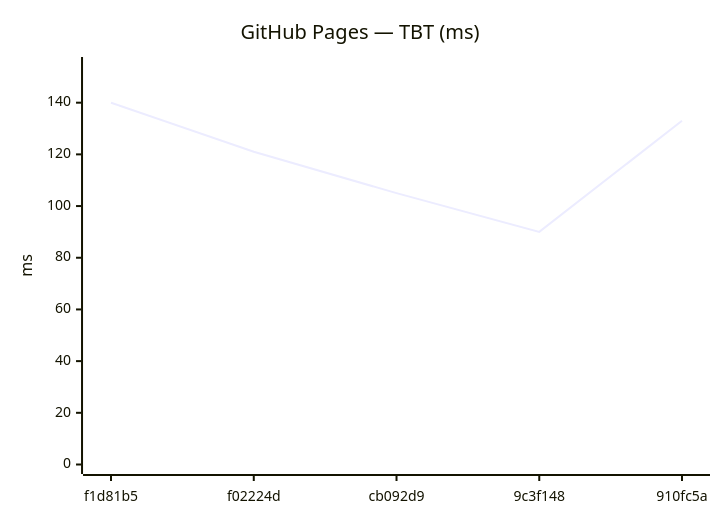
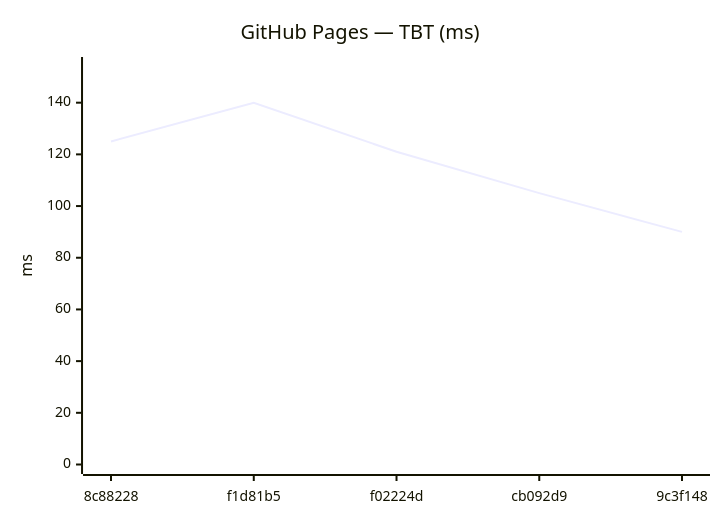
Before and after one commit to Metaheurist/Rianell: the tenth of 18 diagrams in benchmarks/compare.md, drawn with Mermaid. The commit also changed other lines of this file and 11 other files, not shown here.

````diff
--- a/benchmarks/compare.md
+++ b/benchmarks/compare.md
@@ -149,7 +149,7 @@
 ```mermaid
 xychart-beta
     title "GitHub Pages — TBT (ms)"
-    x-axis ["f1d81b5", "f02224d", "cb092d9", "9c3f148", "910fc5a"]
+    x-axis ["8c88228", "f1d81b5", "f02224d", "cb092d9", "9c3f148"]
     y-axis "ms" 0 --> 154
-    line [140, 121, 105, 90, 133]
+    line [125, 140, 121, 105, 90]
 ```
````
